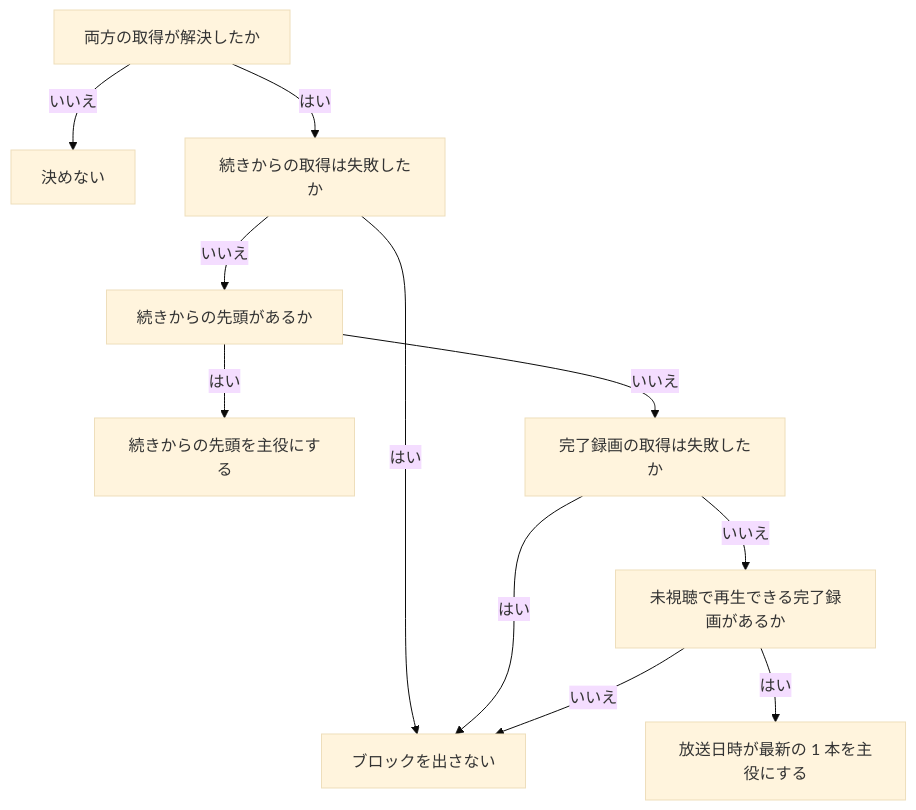
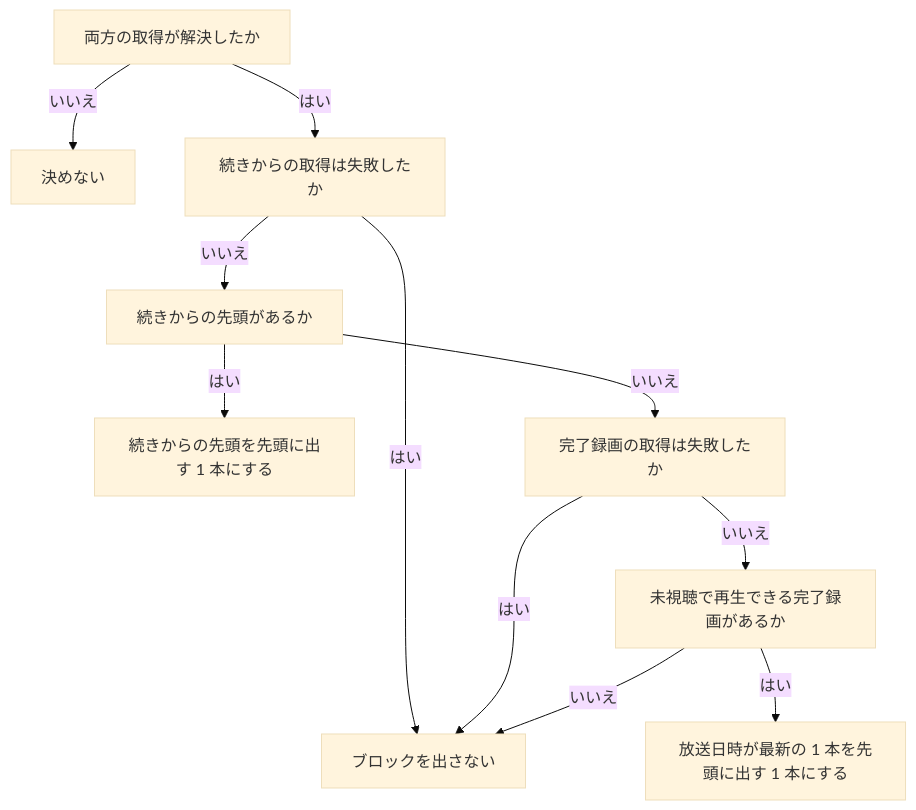
The second of 3 diagrams in docs/frontend/home.md (fetburner/rokuban), drawn with Mermaid (base theme) before and after one commit. The commit also changed other lines of this file and 139 other files, not shown here.

````diff
--- a/docs/frontend/home.md
+++ b/docs/frontend/home.md
@@ -89,13 +89,13 @@
 ```mermaid
 flowchart TD
   S["両方の取得が解決したか"] -->|いいえ| U["決めない"]
   S -->|はい| CE["続きからの取得は失敗したか"]
   CE -->|はい| N["ブロックを出さない"]
   CE -->|いいえ| C["続きからの先頭があるか"]
-  C -->|はい| H1["続きからの先頭を主役にする"]
+  C -->|はい| H1["続きからの先頭を先頭に出す 1 本にする"]
   C -->|いいえ| FE["完了録画の取得は失敗したか"]
   FE -->|はい| N
   FE -->|いいえ| F["未視聴で再生できる完了録画があるか"]
-  F -->|はい| H2["放送日時が最新の 1 本を主役にする"]
+  F -->|はい| H2["放送日時が最新の 1 本を先頭に出す 1 本にする"]
   F -->|いいえ| N
 ```
````
